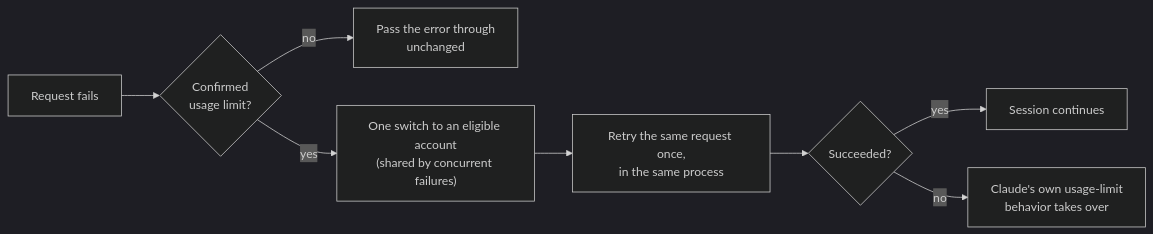
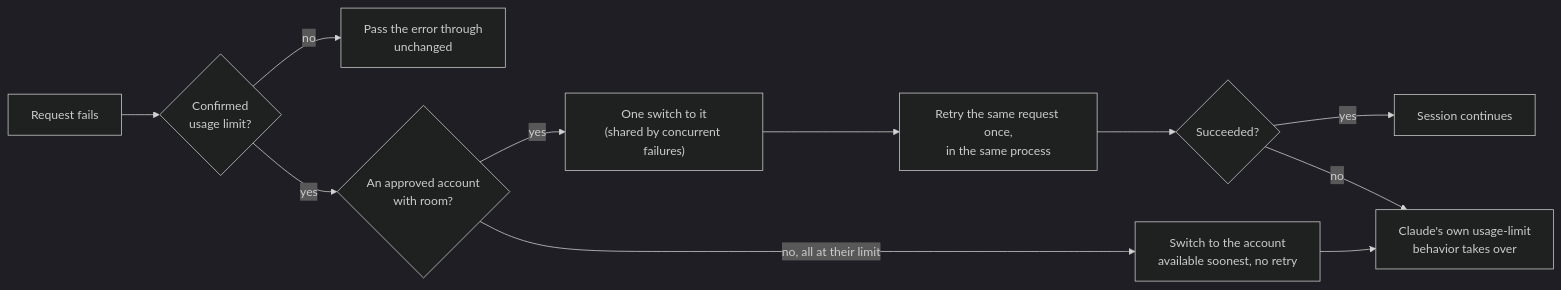
Before and after one commit to minhdaohuu/quayflow: the third of 3 diagrams in README.md, drawn with Mermaid (dark theme). The commit also changed other lines of this file and 14 other files, not shown here.

````diff
--- a/README.md
+++ b/README.md
@@ -121,10 +231,13 @@
 ```mermaid
 flowchart LR
     R["Request fails"] --> Q{"Confirmed<br/>usage limit?"}
     Q -- "no" --> P["Pass the error through<br/>unchanged"]
-    Q -- "yes" --> S["One switch to an eligible account<br/>(shared by concurrent failures)"]
+    Q -- "yes" --> A{"An approved account<br/>with room?"}
+    A -- "yes" --> S["One switch to it<br/>(shared by concurrent failures)"]
     S --> T["Retry the same request once,<br/>in the same process"]
     T --> D{"Succeeded?"}
     D -- "yes" --> OK["Session continues"]
     D -- "no" --> W["Claude's own usage-limit<br/>behavior takes over"]
+    A -- "no, all at their limit" --> SO["Switch to the account<br/>available soonest, no retry"]
+    SO --> W
 ```
````
